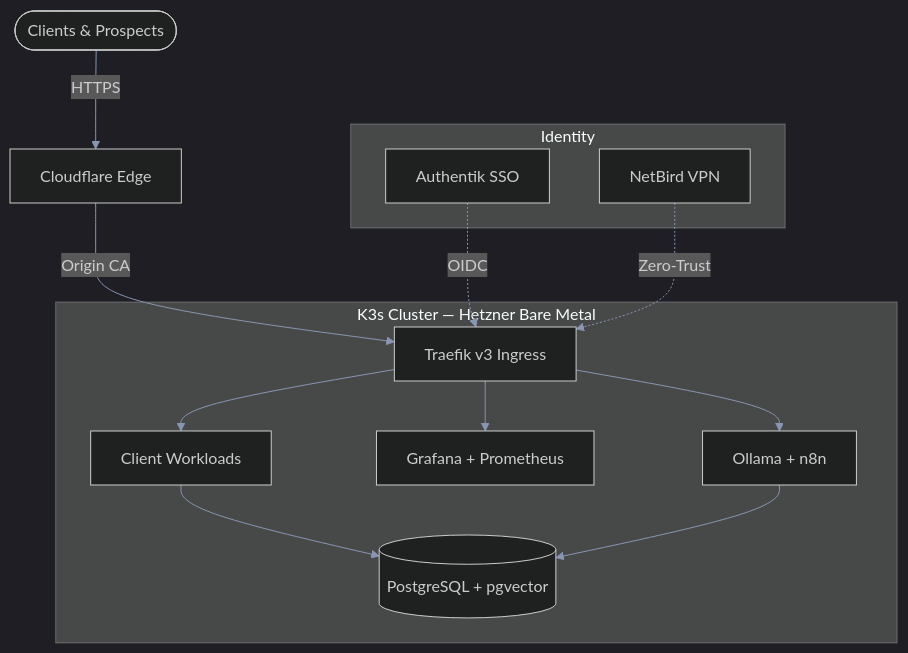
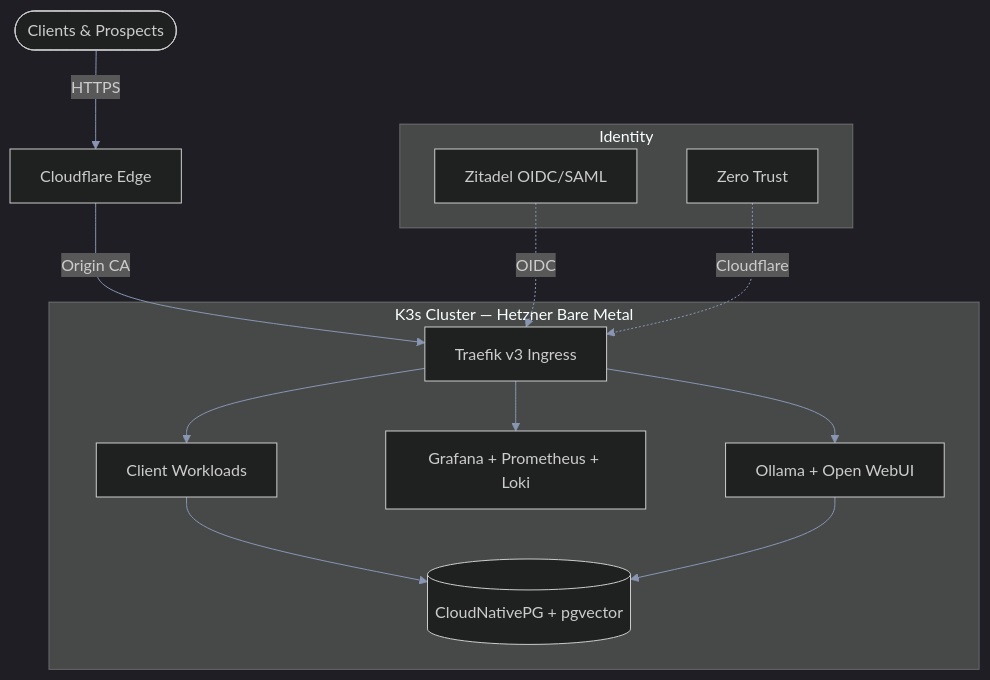
Before and after one commit to KeemWilliams/keemwilliams: the first of 4 diagrams in README.md, drawn with Mermaid. The commit also changed other lines of this file, not shown here.

````diff
--- a/README.md
+++ b/README.md
@@ -125,22 +129,22 @@
 ```mermaid
 %%{init: {'theme': 'dark', 'themeVariables': {'primaryColor': '#4F9E80', 'primaryTextColor': '#F0F4FF', 'primaryBorderColor': '#4F9E80', 'lineColor': '#8896B3', 'secondaryColor': '#1A2332', 'tertiaryColor': '#161B22', 'background': '#0D1117'}}}%%
 graph TD
     User([Clients & Prospects]) -->|HTTPS| CF[Cloudflare Edge]
     CF -->|Origin CA| TR[Traefik v3 Ingress]
 
     subgraph Identity
-        Auth[Authentik SSO]
-        NB[NetBird VPN]
+        Auth[Zitadel OIDC/SAML]
+        ZT[Zero Trust]
     end
 
     subgraph Platform [K3s Cluster — Hetzner Bare Metal]
         TR --> Apps[Client Workloads]
-        TR --> Mon[Grafana + Prometheus]
-        TR --> AI[Ollama + n8n]
-        Apps --> DB[(PostgreSQL + pgvector)]
+        TR --> Mon[Grafana + Prometheus + Loki]
+        TR --> AI[Ollama + Open WebUI]
+        Apps --> DB[(CloudNativePG + pgvector)]
         AI --> DB
     end
 
     Auth -.->|OIDC| TR
-    NB -.->|Zero-Trust| TR
+    ZT -.->|Cloudflare| TR
 ```
````
